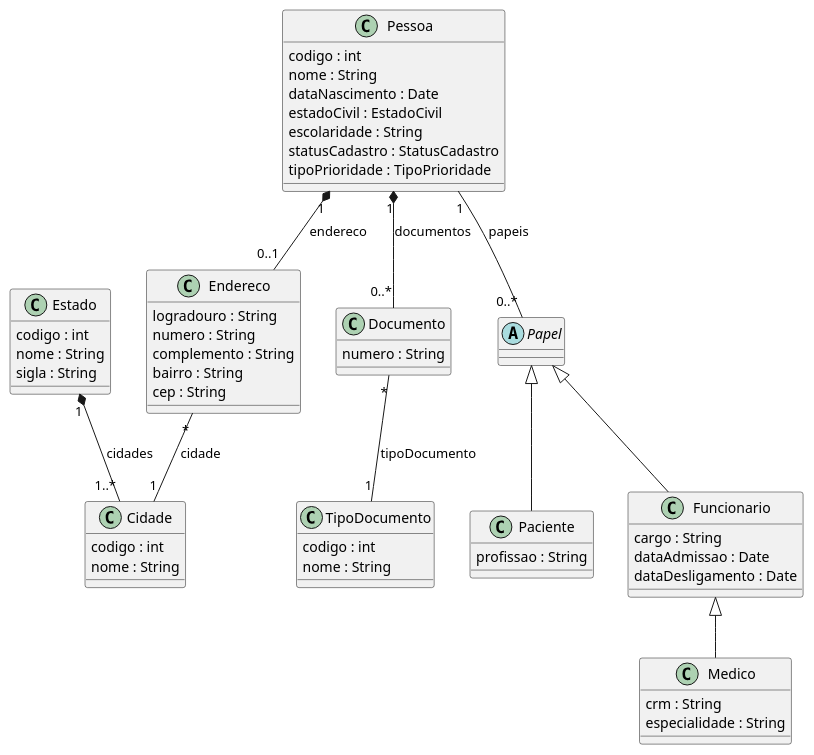
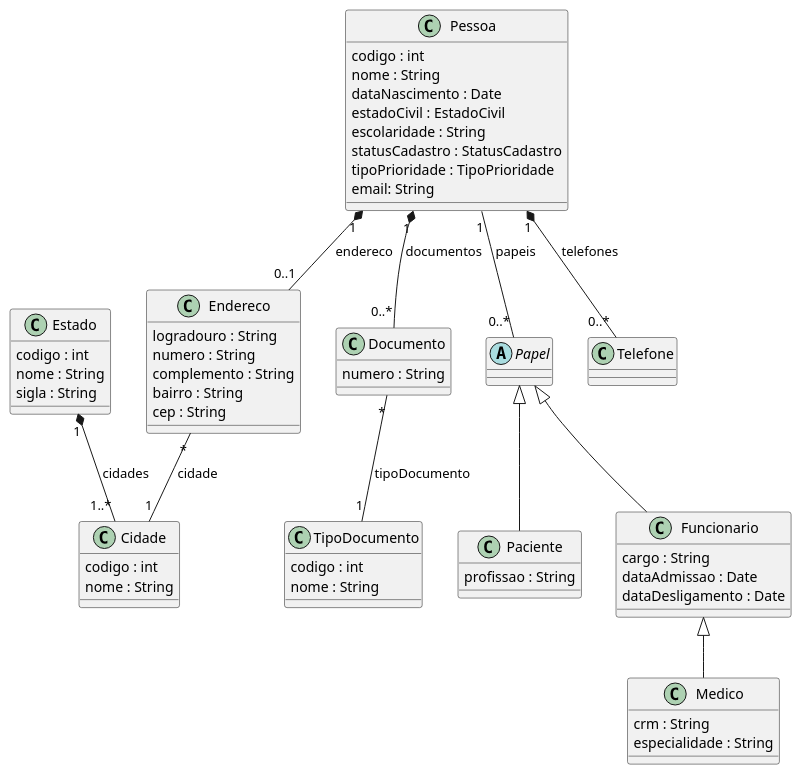
Before and after one commit to andreleonam/promed: the diagram in docs/uml/dominio/classes/modelo_cadastral.puml, drawn with PlantUML. The commit also changed 16 other files, not shown here.

Commit message:
feat: adiciona telefones e email à entidade Pessoa

```diff
--- a/docs/uml/dominio/classes/modelo_cadastral.puml
+++ b/docs/uml/dominio/classes/modelo_cadastral.puml
@@ -1,73 +1,76 @@
 @startuml
 
 class Estado {
   codigo : int
   nome : String
   sigla : String
 }
 
 class Cidade {
   codigo : int
   nome : String
 }
 
 class Endereco {
   logradouro : String
   numero : String
   complemento : String
   bairro : String
   cep : String
 }
 
 class TipoDocumento {
   codigo : int
   nome : String
 }
 
 class Documento {
   numero : String
 }
 
 class Pessoa {
   codigo : int
   nome : String
   dataNascimento : Date
   estadoCivil : EstadoCivil
   escolaridade : String
   statusCadastro : StatusCadastro
   tipoPrioridade : TipoPrioridade
+  email: String
 }
 
 abstract class Papel {
 }
 
 class Paciente {
   profissao : String
 }
 
 class Funcionario {
   cargo : String
   dataAdmissao : Date
   dataDesligamento : Date
 }
 
 class Medico {
   crm : String
   especialidade : String
 }
 
 Pessoa "1" -- "0..*" Papel : papeis
 
 Papel <|-- Paciente
 Papel <|-- Funcionario
 Funcionario <|-- Medico
 
 Pessoa "1" *-- "0..1" Endereco : endereco
 Endereco "*" -- "1" Cidade : cidade
 
 Pessoa "1" *-- "0..*" Documento : documentos
 Documento "*" -- "1" TipoDocumento : tipoDocumento
 
 Estado "1" *-- "1..*" Cidade : cidades
 
+Pessoa "1" *-- "0..*" Telefone : telefones
+
 @enduml
```
